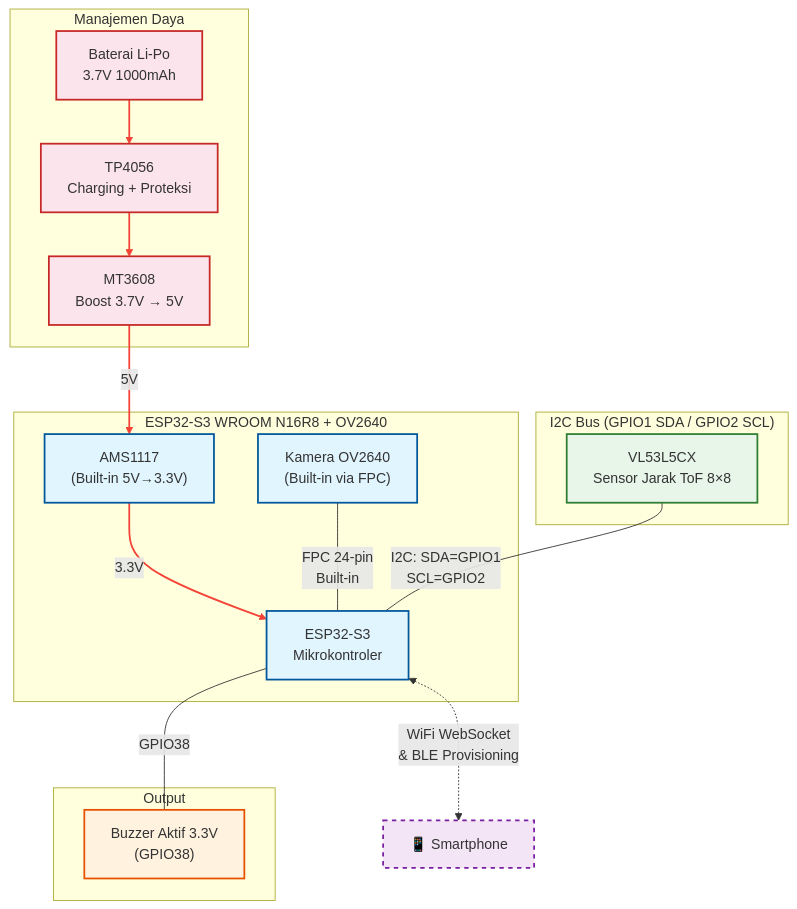
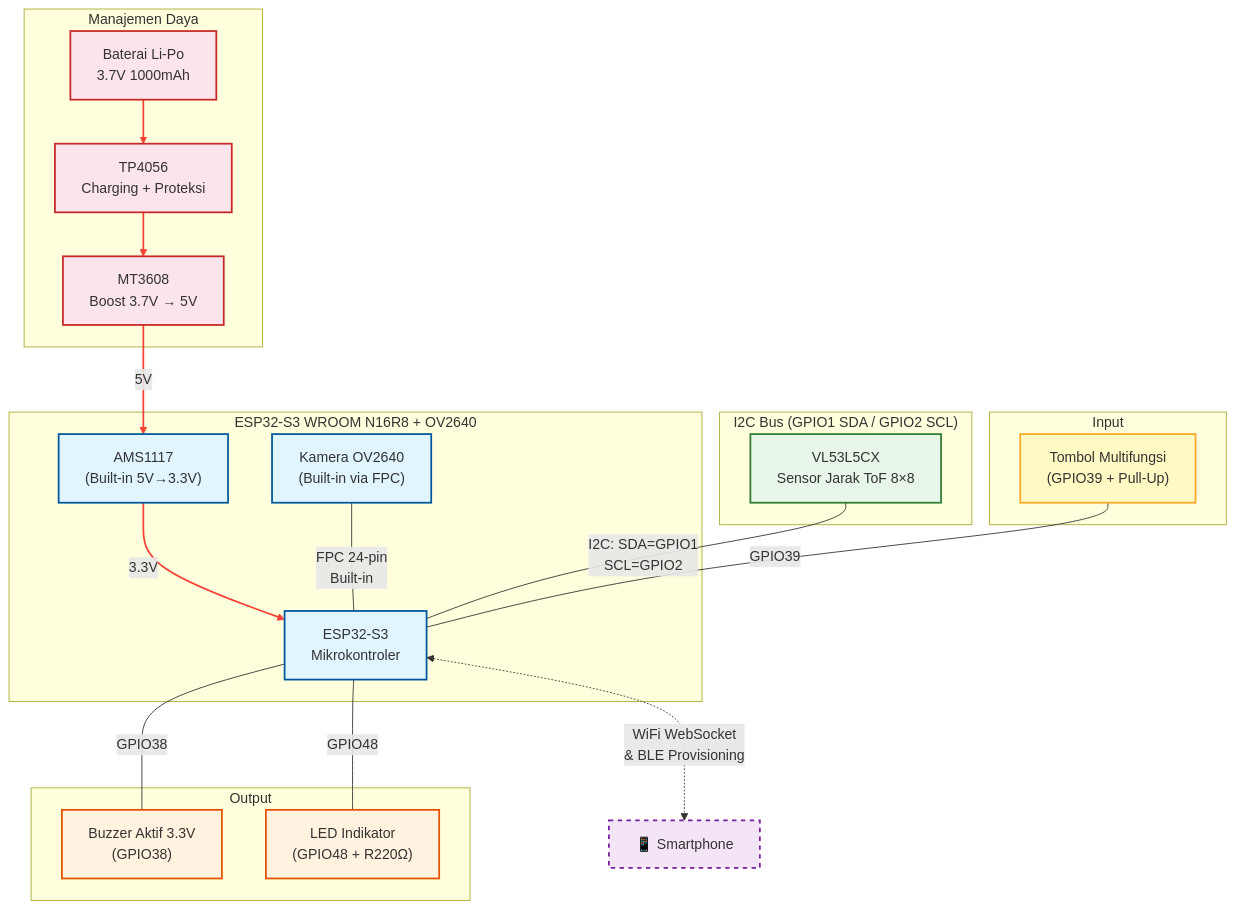
The sixth of 6 diagrams in wiring-diagram.md (aan-andiyanaS/draf), drawn with Mermaid before and after one commit. The commit also changed other lines of this file, not shown here.

Commit message:
edit wiring diagram

````diff
--- a/wiring-diagram.md
+++ b/wiring-diagram.md
@@ -272,49 +354,58 @@
 ```mermaid
 flowchart TB
     subgraph POWER_CHAIN ["Manajemen Daya"]
         LIPO["Baterai Li-Po<br/>3.7V 1000mAh"]
         TP4056["TP4056<br/>Charging + Proteksi"]
         MT3608["MT3608<br/>Boost 3.7V → 5V"]
     end
 
     subgraph ESP32_BOARD ["ESP32-S3 WROOM N16R8 + OV2640"]
         ESP32["ESP32-S3<br/>Mikrokontroler"]
         CAM["Kamera OV2640<br/>(Built-in via FPC)"]
         AMS["AMS1117<br/>(Built-in 5V→3.3V)"]
     end
 
     subgraph I2C_BUS ["I2C Bus (GPIO1 SDA / GPIO2 SCL)"]
         TOF["VL53L5CX<br/>Sensor Jarak ToF 8×8"]
     end
 
     subgraph OUTPUT ["Output"]
         BUZZ["Buzzer Aktif 3.3V<br/>(GPIO38)"]
+        LED["LED Indikator<br/>(GPIO48 + R220Ω)"]
     end
 
-    %% Jalur Daya (merah)
+    subgraph INPUT ["Input"]
+        BTN["Tombol Multifungsi<br/>(GPIO39 + Pull-Up)"]
+    end
+
+    %% Jalur Daya
     LIPO --> TP4056
     TP4056 --> MT3608
     MT3608 -->|"5V"| AMS
     AMS -->|"3.3V"| ESP32
 
-    %% Jalur Data (hitam)
+    %% Jalur Data
     CAM ---|FPC 24-pin<br/>Built-in| ESP32
     TOF ---|I2C: SDA=GPIO1<br/>SCL=GPIO2| ESP32
     ESP32 ---|GPIO38| BUZZ
+    ESP32 ---|GPIO48| LED
+    BTN ---|GPIO39| ESP32
 
     ESP32 <-.->|WiFi WebSocket<br/>& BLE Provisioning| PHONE["📱 Smartphone"]
 
     classDef mcu fill:#e1f5fe,stroke:#01579b,stroke-width:2px;
     classDef sensor fill:#e8f5e9,stroke:#2e7d32,stroke-width:2px;
     classDef output fill:#fff3e0,stroke:#e65100,stroke-width:2px;
     classDef power fill:#fce4ec,stroke:#c62828,stroke-width:2px;
+    classDef input fill:#fff9c4,stroke:#f9a825,stroke-width:2px;
     classDef external fill:#f3e5f5,stroke:#7b1fa2,stroke-width:2px,stroke-dasharray: 5 5;
 
     class ESP32,CAM,AMS mcu;
     class TOF sensor;
-    class BUZZ output;
+    class BUZZ,LED output;
+    class BTN input;
     class LIPO,TP4056,MT3608 power;
     class PHONE external;
 
     linkStyle 0,1,2,3 stroke:#f44336,stroke-width:2px;
 ```
````
